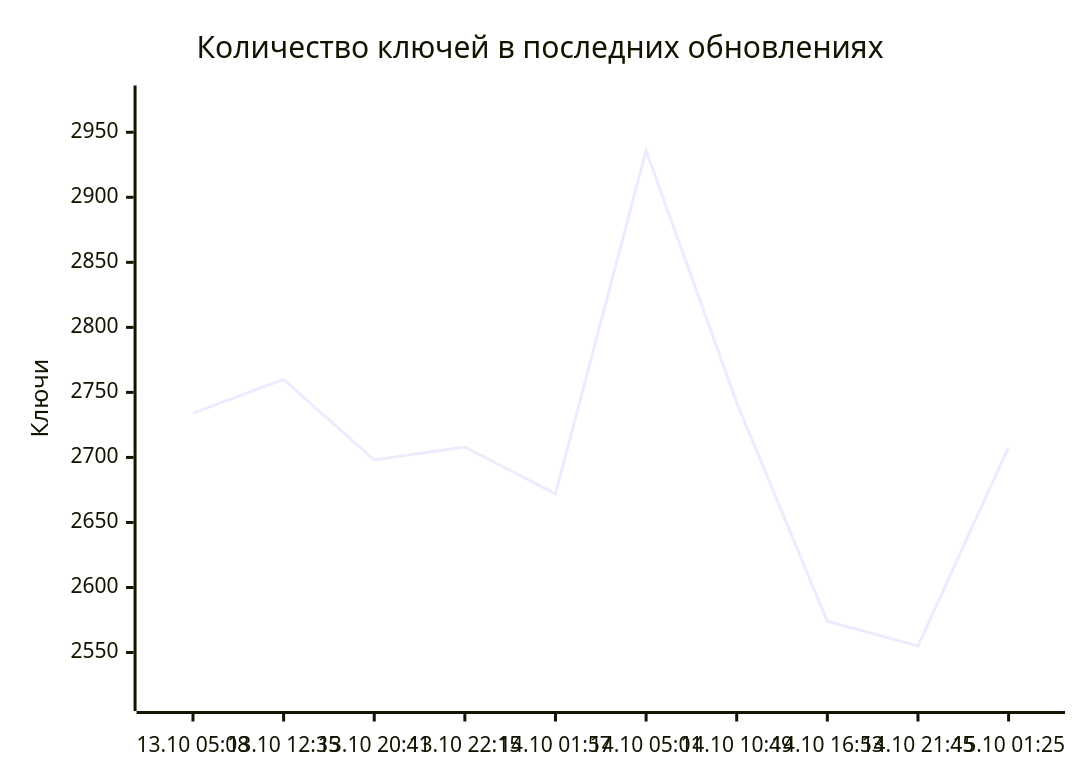
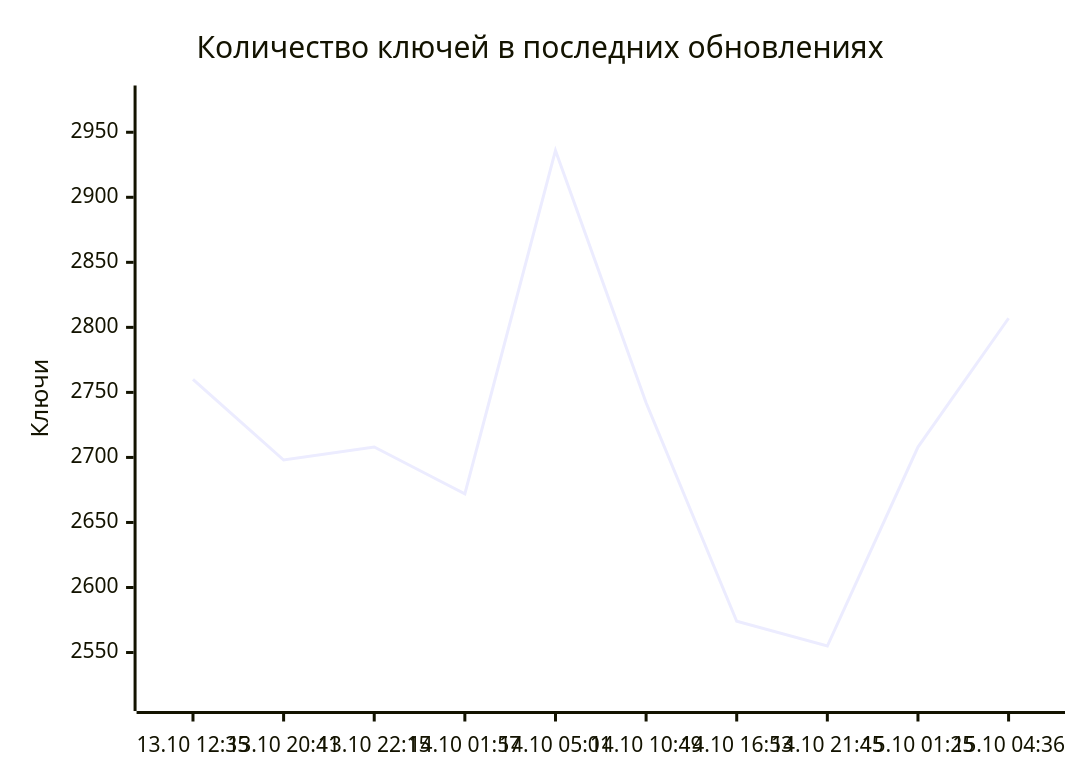
The diagram in README.md (markKikhtenko/WireVeil), drawn with Mermaid before and after one commit. The commit also changed other lines of this file and 12 other files, not shown here.

````diff
--- a/README.md
+++ b/README.md
@@ -55,7 +55,7 @@
 ```mermaid
 xychart-beta
     title "Количество ключей в последних обновлениях"
-    x-axis ["13.10 05:08", "13.10 12:35", "13.10 20:41", "13.10 22:15", "14.10 01:57", "14.10 05:01", "14.10 10:49", "14.10 16:53", "14.10 21:45", "15.10 01:25"]
+    x-axis ["13.10 12:35", "13.10 20:41", "13.10 22:15", "14.10 01:57", "14.10 05:01", "14.10 10:49", "14.10 16:53", "14.10 21:45", "15.10 01:25", "15.10 04:36"]
     y-axis "Ключи" 2516 --> 2975
-    line [2734, 2760, 2698, 2708, 2672, 2936, 2742, 2574, 2555, 2708]
+    line [2760, 2698, 2708, 2672, 2936, 2742, 2574, 2555, 2708, 2807]
 ```
````
